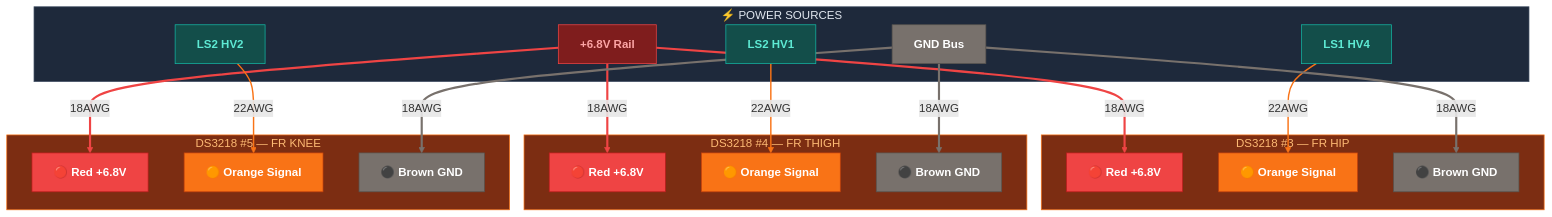
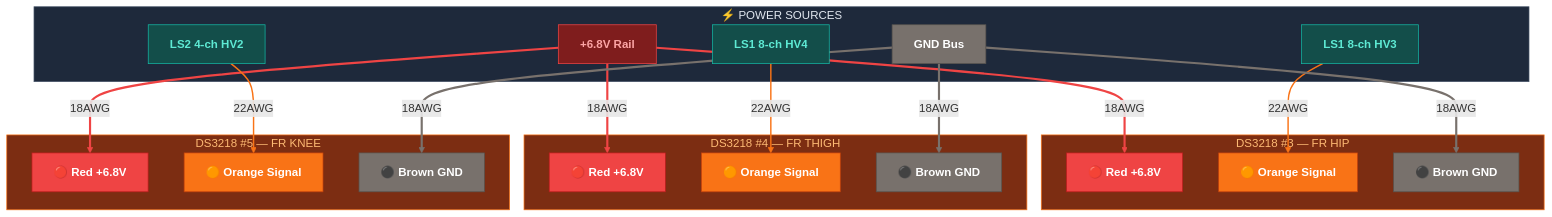
Before and after one commit to Major-Project-001/VIGIL-RQ: the third of 5 diagrams in control/docs/wiring_servo_power.md, drawn with Mermaid. The commit also changed other lines of this file and 3 other files, not shown here.

````diff
--- a/control/docs/wiring_servo_power.md
+++ b/control/docs/wiring_servo_power.md
@@ -109,53 +109,53 @@
 ```mermaid
 graph TD
     classDef red fill:#ef4444,stroke:#b91c1c,color:#fff,font-weight:bold
     classDef orange fill:#f97316,stroke:#c2410c,color:#fff,font-weight:bold
     classDef brown fill:#78716c,stroke:#57534e,color:#fff,font-weight:bold
     classDef rail fill:#7f1d1d,stroke:#ef4444,color:#fca5a5,font-weight:bold
     classDef ls fill:#134e4a,stroke:#14b8a6,color:#5eead4,font-weight:bold
 
     subgraph SOURCES_FR["⚡ POWER SOURCES"]
         RP2["+6.8V Rail"]:::rail
         RG2["GND Bus"]:::brown
-        LS1_HV4["LS1 HV4"]:::ls
-        LS2_HV1["LS2 HV1"]:::ls
-        LS2_HV2["LS2 HV2"]:::ls
+        LS1_HV3["LS1 8-ch HV3"]:::ls
+        LS1_HV4["LS1 8-ch HV4"]:::ls
+        LS2_HV2["LS2 4-ch HV2"]:::ls
     end
 
     subgraph S3["DS3218 #3 — FR HIP"]
         S3_R["🔴 Red +6.8V"]:::red
         S3_O["🟠 Orange Signal"]:::orange
         S3_B["⚫ Brown GND"]:::brown
     end
 
     subgraph S4["DS3218 #4 — FR THIGH"]
         S4_R["🔴 Red +6.8V"]:::red
         S4_O["🟠 Orange Signal"]:::orange
         S4_B["⚫ Brown GND"]:::brown
     end
 
     subgraph S5["DS3218 #5 — FR KNEE"]
         S5_R["🔴 Red +6.8V"]:::red
         S5_O["🟠 Orange Signal"]:::orange
         S5_B["⚫ Brown GND"]:::brown
     end
 
     RP2 ==>|"18AWG"| S3_R
     RP2 ==>|"18AWG"| S4_R
     RP2 ==>|"18AWG"| S5_R
-    LS1_HV4 -->|"22AWG"| S3_O
-    LS2_HV1 -->|"22AWG"| S4_O
+    LS1_HV3 -->|"22AWG"| S3_O
+    LS1_HV4 -->|"22AWG"| S4_O
     LS2_HV2 -->|"22AWG"| S5_O
     RG2 ==>|"18AWG"| S3_B
     RG2 ==>|"18AWG"| S4_B
     RG2 ==>|"18AWG"| S5_B
 
     linkStyle 0,1,2 stroke:#ef4444,stroke-width:3px
     linkStyle 3,4,5 stroke:#f97316,stroke-width:2px
     linkStyle 6,7,8 stroke:#78716c,stroke-width:3px
 
     style SOURCES_FR fill:#1e293b,stroke:#475569,color:#e2e8f0
     style S3 fill:#7c2d12,stroke:#f97316,color:#fdba74
     style S4 fill:#7c2d12,stroke:#f97316,color:#fdba74
     style S5 fill:#7c2d12,stroke:#f97316,color:#fdba74
 ```
````
